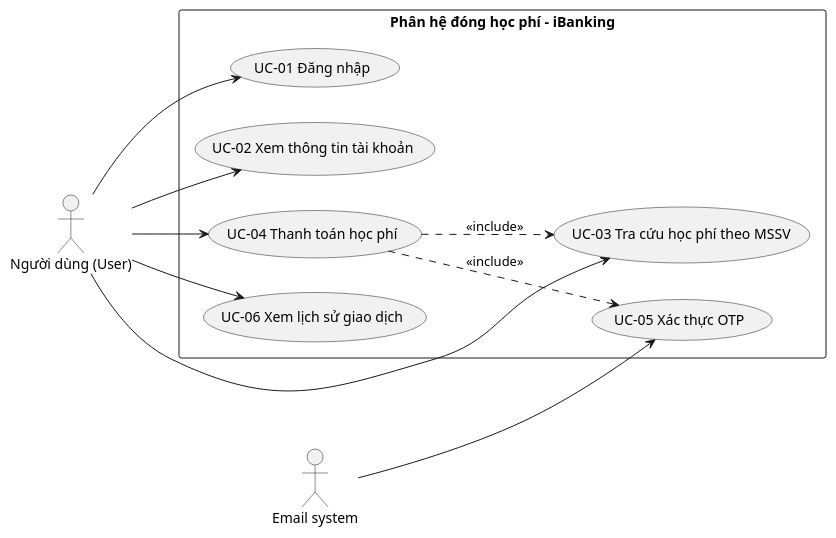
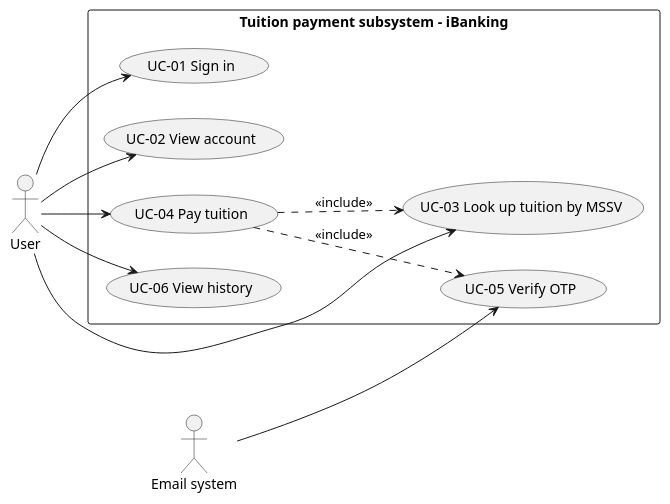
The diagram in docs/01-analysis-use-case-erd.md (thuanbui-1203/tuition-fee-management-microservice), drawn with PlantUML before and after one commit. The commit also changed other lines of this file and 32 other files, not shown here.

````diff
--- a/docs/01-analysis-use-case-erd.md
+++ b/docs/01-analysis-use-case-erd.md
@@ -71,24 +73,24 @@
 ```plantuml
 @startuml
 left to right direction
-actor "Người dùng (User)" as U
+actor "User" as U
 actor "Email system" as E
 
-rectangle "Phân hệ đóng học phí – iBanking" {
-  usecase "UC-01 Đăng nhập" as UC1
-  usecase "UC-02 Xem thông tin tài khoản" as UC2
-  usecase "UC-03 Tra cứu học phí theo MSSV" as UC3
-  usecase "UC-04 Thanh toán học phí" as UC4
-  usecase "UC-05 Xác thực OTP" as UC5
-  usecase "UC-06 Xem lịch sử giao dịch" as UC6
+rectangle "Tuition payment subsystem – iBanking" {
+  usecase "UC-01 Sign in" as UC1
+  usecase "UC-02 View account" as UC2
+  usecase "UC-03 Look up tuition by MSSV" as UC3
+  usecase "UC-04 Pay tuition" as UC4
+  usecase "UC-05 Verify OTP" as UC5
+  usecase "UC-06 View history" as UC6
   UC4 ..> UC3 : <<include>>
   UC4 ..> UC5 : <<include>>
 }
 U --> UC1
 U --> UC2
 U --> UC3
 U --> UC4
 U --> UC6
 E --> UC5
 @enduml
 ```
````
